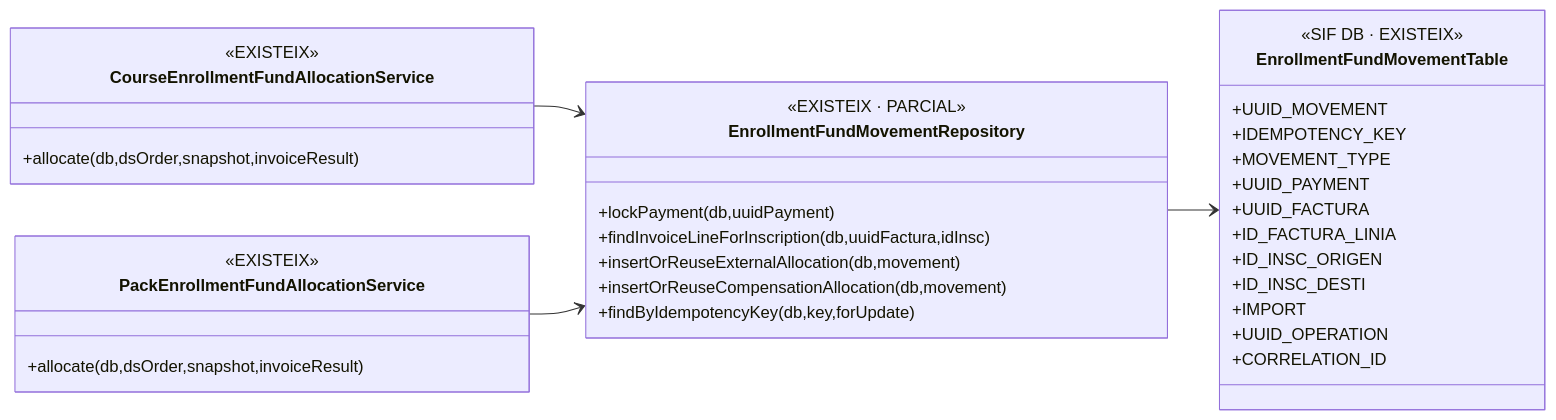
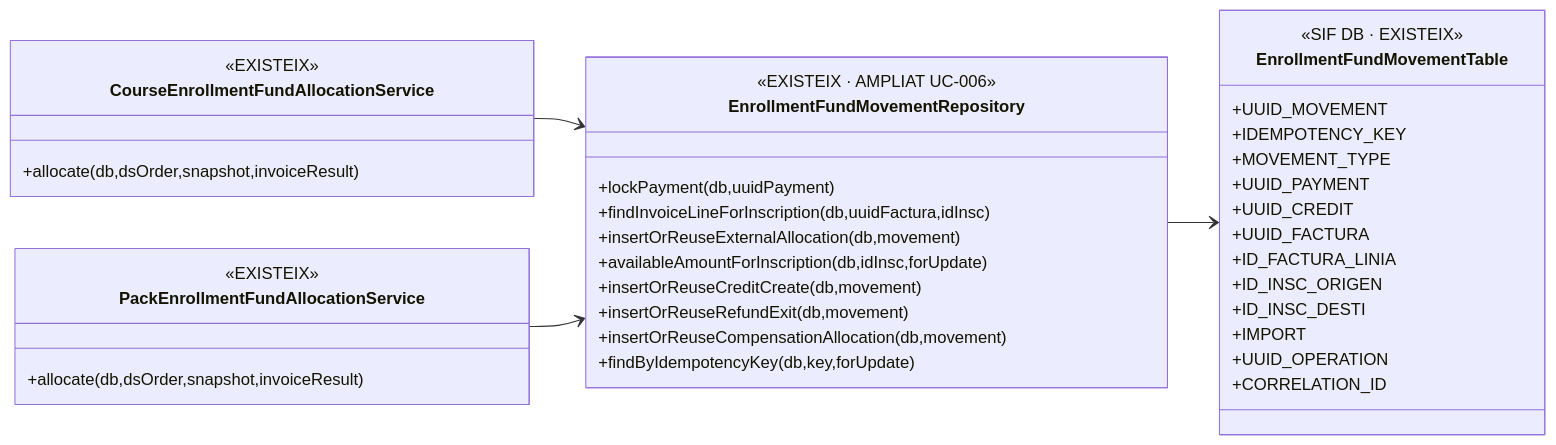
The fourth of 6 diagrams in documentacio/07-uml-integrat/uc-006-classes-actual-final.md (orgmeriemprismacat-del/verifactu), drawn with Mermaid before and after one commit. The commit also changed other lines of this file, not shown here.

````diff
--- a/documentacio/07-uml-integrat/uc-006-classes-actual-final.md
+++ b/documentacio/07-uml-integrat/uc-006-classes-actual-final.md
@@ -251,37 +252,41 @@
 ```mermaid
 classDiagram
 direction LR
 class EnrollmentFundMovementRepository {
-  <<EXISTEIX · PARCIAL>>
+  <<EXISTEIX · AMPLIAT UC-006>>
   +lockPayment(db,uuidPayment)
   +findInvoiceLineForInscription(db,uuidFactura,idInsc)
   +insertOrReuseExternalAllocation(db,movement)
+  +availableAmountForInscription(db,idInsc,forUpdate)
+  +insertOrReuseCreditCreate(db,movement)
+  +insertOrReuseRefundExit(db,movement)
   +insertOrReuseCompensationAllocation(db,movement)
   +findByIdempotencyKey(db,key,forUpdate)
 }
 class CourseEnrollmentFundAllocationService {
   <<EXISTEIX>>
   +allocate(db,dsOrder,snapshot,invoiceResult)
 }
 class PackEnrollmentFundAllocationService {
   <<EXISTEIX>>
   +allocate(db,dsOrder,snapshot,invoiceResult)
 }
 class EnrollmentFundMovementTable {
   <<SIF DB · EXISTEIX>>
   +UUID_MOVEMENT
   +IDEMPOTENCY_KEY
   +MOVEMENT_TYPE
   +UUID_PAYMENT
+  +UUID_CREDIT
   +UUID_FACTURA
   +ID_FACTURA_LINIA
   +ID_INSC_ORIGEN
   +ID_INSC_DESTI
   +IMPORT
   +UUID_OPERATION
   +CORRELATION_ID
 }
 CourseEnrollmentFundAllocationService --> EnrollmentFundMovementRepository
 PackEnrollmentFundAllocationService --> EnrollmentFundMovementRepository
 EnrollmentFundMovementRepository --> EnrollmentFundMovementTable
 ```
````
